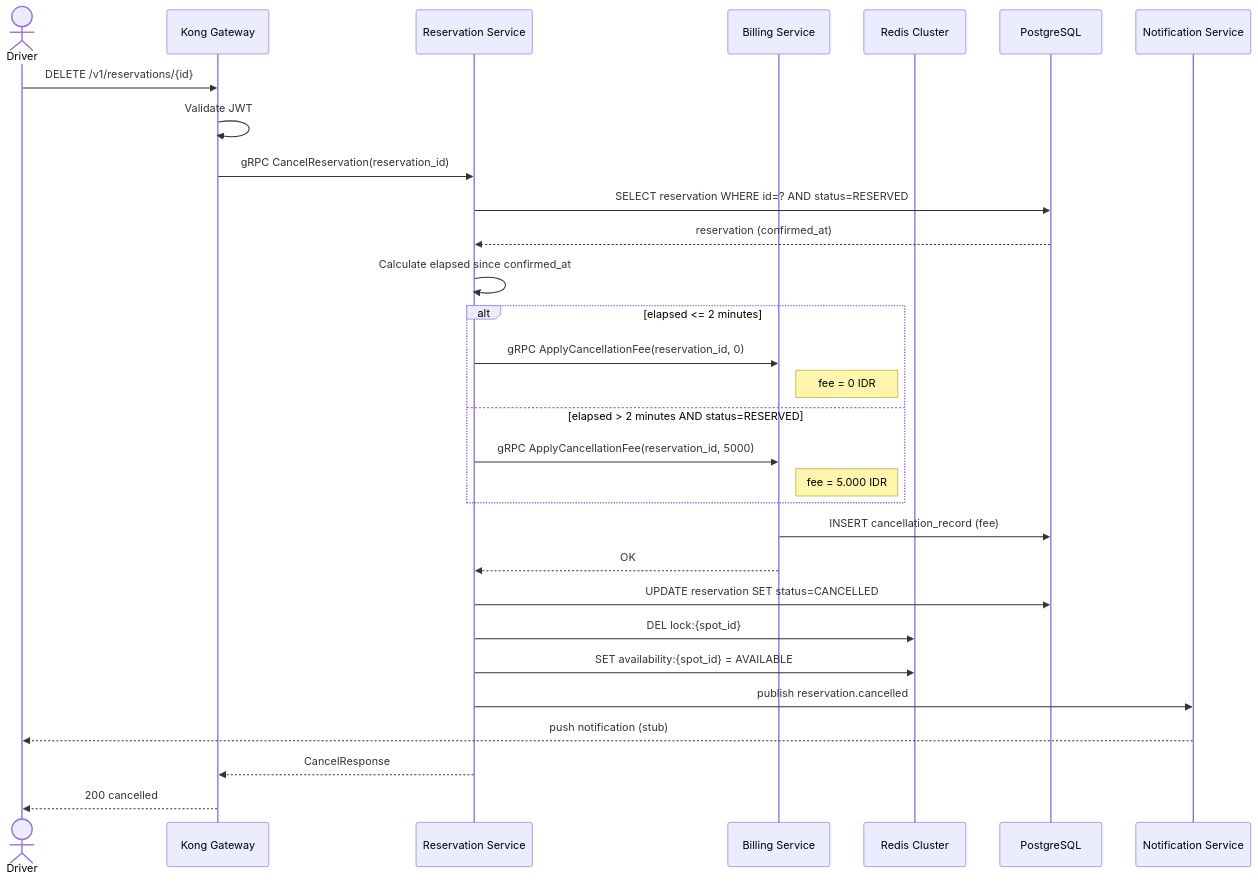
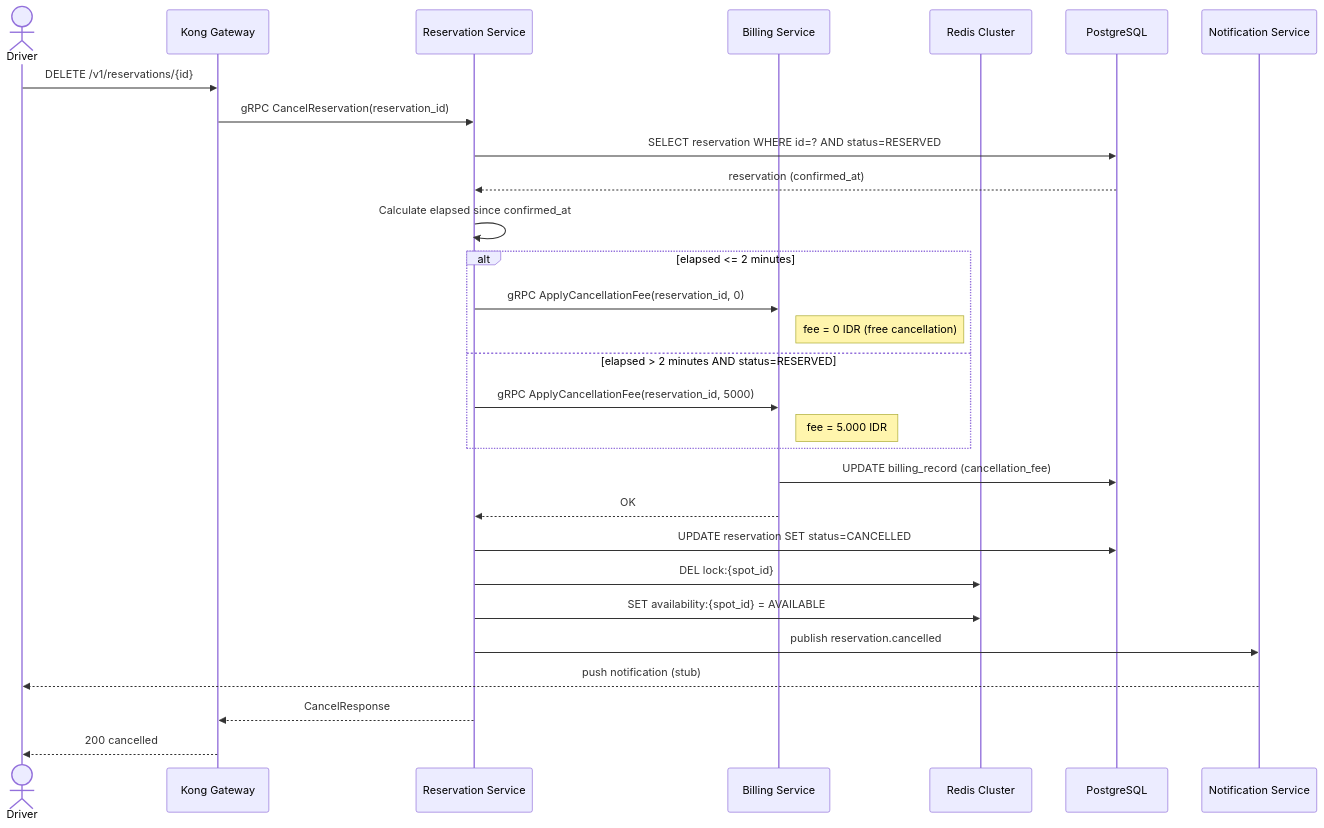
Diagram 17 of 23 in README.md (ParkirPintar/parkir-pintar-backend), drawn with Mermaid before and after one commit. The commit also changed other lines of this file and 42 other files, not shown here.

````diff
--- a/README.md
+++ b/README.md
@@ -1212,38 +1190,37 @@
 ```mermaid
 sequenceDiagram
     actor Driver
     participant Kong as Kong Gateway
     participant Reservation as Reservation Service
     participant Billing as Billing Service
     participant Redis as Redis Cluster
     participant DB as PostgreSQL
     participant Notif as Notification Service
 
     Driver->>Kong: DELETE /v1/reservations/{id}
-    Kong->>Kong: Validate JWT
     Kong->>Reservation: gRPC CancelReservation(reservation_id)
 
     Reservation->>DB: SELECT reservation WHERE id=? AND status=RESERVED
     DB-->>Reservation: reservation (confirmed_at)
 
     Reservation->>Reservation: Calculate elapsed since confirmed_at
 
     alt elapsed <= 2 minutes
         Reservation->>Billing: gRPC ApplyCancellationFee(reservation_id, 0)
-        note right of Billing: fee = 0 IDR
+        note right of Billing: fee = 0 IDR (free cancellation)
     else elapsed > 2 minutes AND status=RESERVED
         Reservation->>Billing: gRPC ApplyCancellationFee(reservation_id, 5000)
         note right of Billing: fee = 5.000 IDR
     end
 
-    Billing->>DB: INSERT cancellation_record (fee)
+    Billing->>DB: UPDATE billing_record (cancellation_fee)
     Billing-->>Reservation: OK
 
     Reservation->>DB: UPDATE reservation SET status=CANCELLED
     Reservation->>Redis: DEL lock:{spot_id}
     Reservation->>Redis: SET availability:{spot_id} = AVAILABLE
     Reservation->>Notif: publish reservation.cancelled
     Notif-->>Driver: push notification (stub)
     Reservation-->>Kong: CancelResponse
     Kong-->>Driver: 200 cancelled
 ```
````
